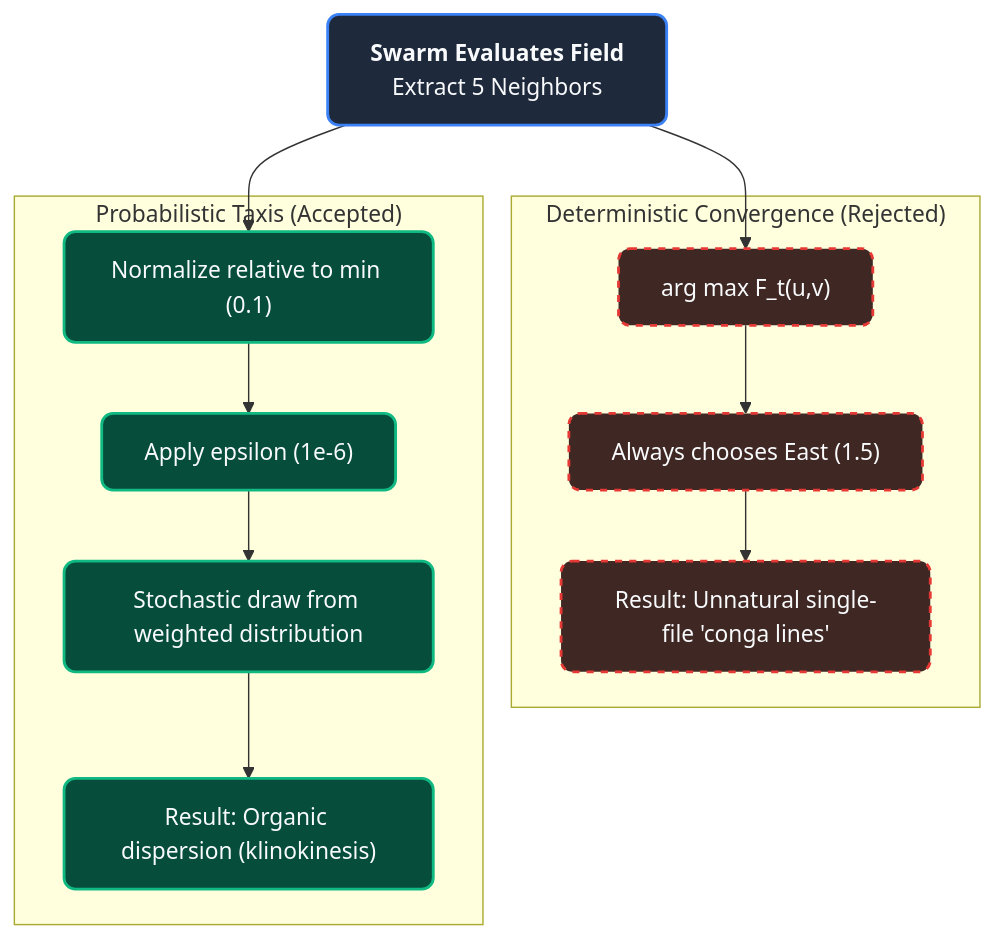
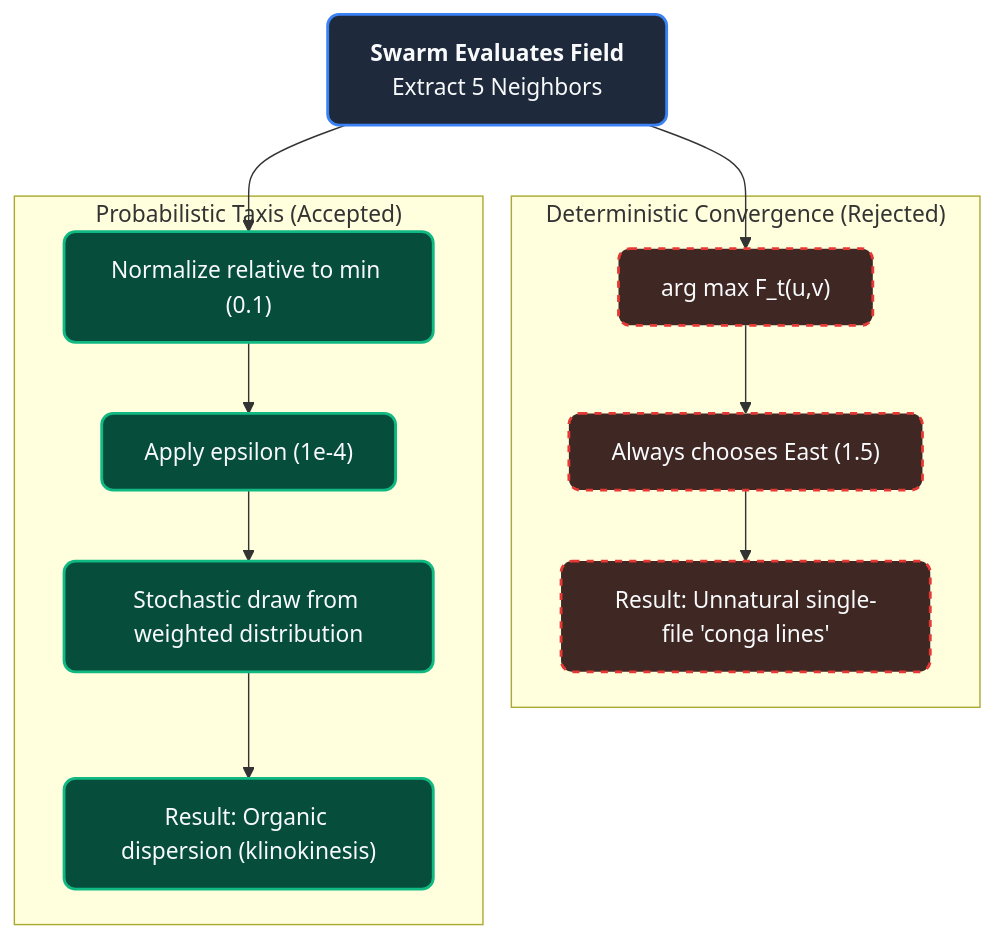
The second of 2 diagrams in docs/scientific_model/part_3_signaling_and_transport/chemotaxis.md (foersben/PHIDS), drawn with Mermaid before and after one commit. The commit also changed other lines of this file and 2 other files, not shown here.

Commit message:
fix(movement): align movement choices with SIGNAL_EPSILON

````diff
--- a/docs/scientific_model/part_3_signaling_and_transport/chemotaxis.md
+++ b/docs/scientific_model/part_3_signaling_and_transport/chemotaxis.md
@@ -86,27 +86,27 @@
 ```mermaid
 flowchart TD
     %% Base Styling & Theme Definitions
     classDef base fill:#1E293B, stroke:#3B82F6, stroke-width:2px, color:#F8FAFC, rx:8px, ry:8px
     classDef reject fill:#3F2723, stroke:#E53935, stroke-width:2px, stroke-dasharray: 5 5, color:#F8FAFC, rx:8px, ry:8px
     classDef accept fill:#064E3B, stroke:#10B981, stroke-width:2px, color:#F8FAFC, rx:8px, ry:8px
 
     A["<b>Swarm Evaluates Field</b><br/>Extract 5 Neighbors"]:::base
 
     subgraph Deterministic ["Deterministic Convergence (Rejected)"]
         D1["arg max F_t(u,v)"]:::reject
         D2["Always chooses East (1.5)"]:::reject
         D3["Result: Unnatural single-file 'conga lines'"]:::reject
         D1 --> D2 --> D3
     end
 
     subgraph Probabilistic ["Probabilistic Taxis (Accepted)"]
         P1["Normalize relative to min (0.1)"]:::accept
-        P2["Apply epsilon (1e-6)"]:::accept
+        P2["Apply epsilon (1e-4)"]:::accept
         P3["Stochastic draw from weighted distribution"]:::accept
         P4["Result: Organic dispersion (klinokinesis)"]:::accept
         P1 --> P2 --> P3 --> P4
     end
 
     A --> D1
     A --> P1
 ```
````
